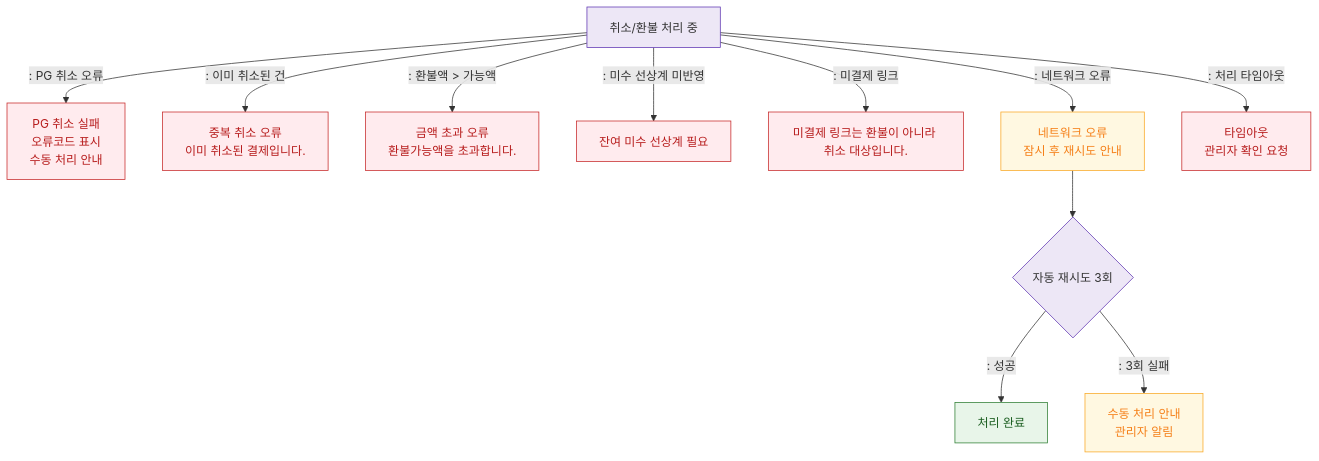
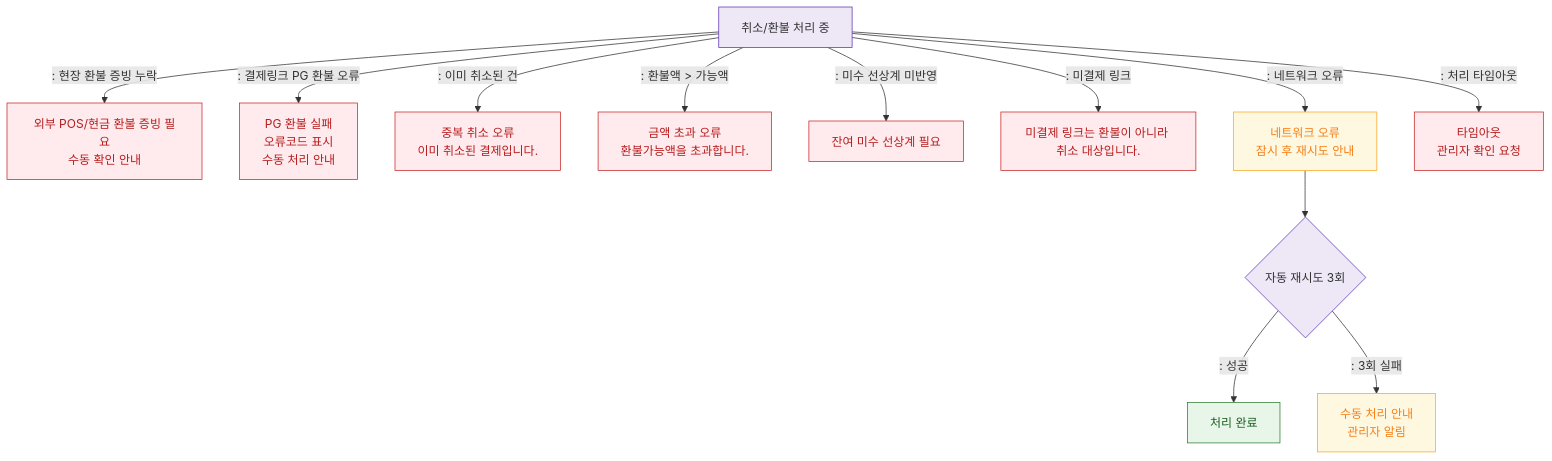
Before and after one commit to dev-spogym/admin-pando: the diagram in docs/admin/다이어그램/D03_매출관리/SCR-S012_결제취소_부분환불/F8_에러.md, drawn with Mermaid. The commit also changed other lines of this file and 189 other files, not shown here.

````diff
--- a/docs/admin/다이어그램/D03_매출관리/SCR-S012_결제취소_부분환불/F8_에러.md
+++ b/docs/admin/다이어그램/D03_매출관리/SCR-S012_결제취소_부분환불/F8_에러.md
@@ -18,26 +18,27 @@
 ```mermaid
 flowchart TD
     PROCESS[취소/환불 처리 중]
 
-    PROCESS -->|": PG 취소 오류"|PG_ERR[PG 취소 실패\n오류코드 표시\n수동 처리 안내]
+    PROCESS -->|": 현장 환불 증빙 누락"|EXTERNAL_ERR[외부 POS/현금 환불 증빙 필요\n수동 확인 안내]
+    PROCESS -->|": 결제링크 PG 환불 오류"|PG_ERR[PG 환불 실패\n오류코드 표시\n수동 처리 안내]
     PROCESS -->|": 이미 취소된 건"|DUPLICATE_ERR[중복 취소 오류\n이미 취소된 결제입니다.]
     PROCESS -->|": 환불액 > 가능액"|EXCEED_ERR[금액 초과 오류\n환불가능액을 초과합니다.]
     PROCESS -->|": 미수 선상계 미반영"|OFFSET_ERR[잔여 미수 선상계 필요]
     PROCESS -->|": 미결제 링크"|LINK_REFUND_ERR[미결제 링크는 환불이 아니라 취소 대상입니다.]
     PROCESS -->|": 네트워크 오류"|NET_ERR[네트워크 오류\n잠시 후 재시도 안내]
     PROCESS -->|": 처리 타임아웃"|TIMEOUT_ERR[타임아웃\n관리자 확인 요청]
 
     NET_ERR --> NET_RETRY{자동 재시도 3회}
     NET_RETRY -->|": 성공"|PROCESS_OK[처리 완료]
     NET_RETRY -->|": 3회 실패"|MANUAL_PROCESS[수동 처리 안내\n관리자 알림]
 
     classDef error fill:#FFEBEE,stroke:#C62828,color:#B71C1C
     classDef success fill:#E8F5E9,stroke:#2E7D32,color:#1B5E20
     classDef warning fill:#FFF8E1,stroke:#F9A825,color:#F57F17
     classDef system fill:#EDE7F6,stroke:#5E35B2
 
-    class PG_ERR,DUPLICATE_ERR,EXCEED_ERR,OFFSET_ERR,LINK_REFUND_ERR,TIMEOUT_ERR error
+    class EXTERNAL_ERR,PG_ERR,DUPLICATE_ERR,EXCEED_ERR,OFFSET_ERR,LINK_REFUND_ERR,TIMEOUT_ERR error
     class PROCESS_OK success
     class NET_ERR,MANUAL_PROCESS warning
     class NET_RETRY,PROCESS system
 ```
````
